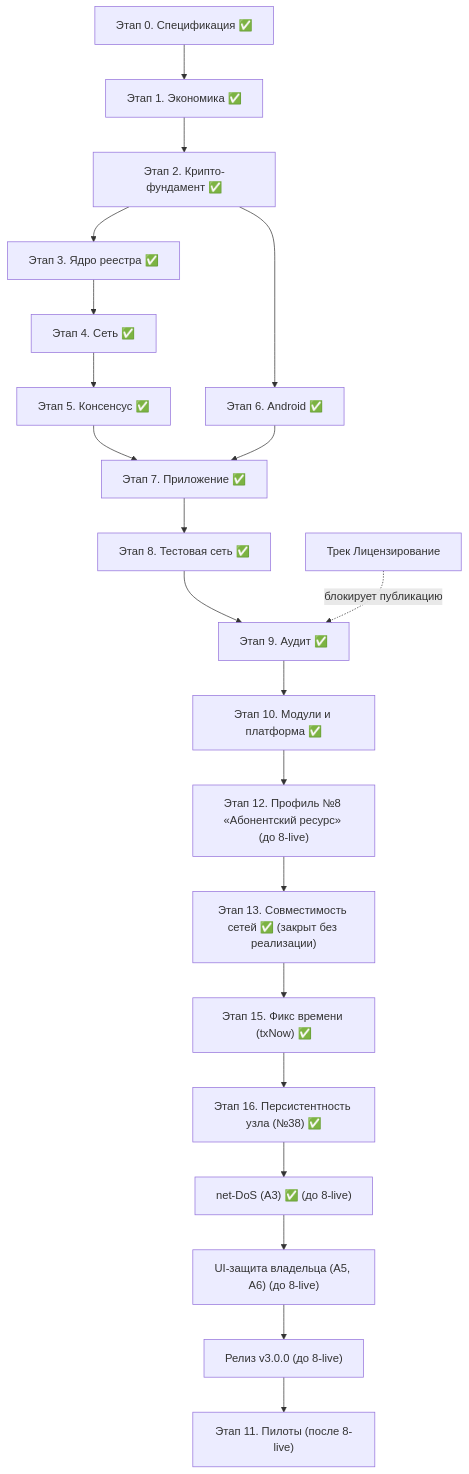
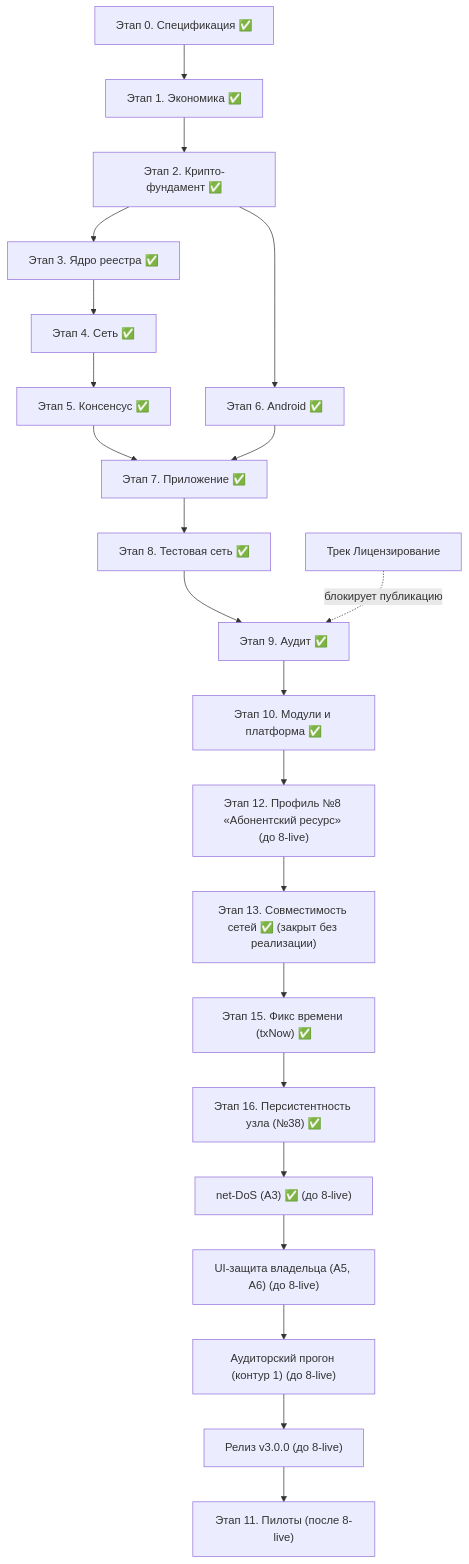
One commit to rumatakira74/equality-trust-networks changed the diagram in docs/development-plan.md. Above: the diagram before and after it, drawn with Mermaid. The commit also changed other lines of this file and 1 other file, not shown here.

Commit message:
Тема Аудиторский прогон контура 1 (ширина): промпт audit-frontier-pass + секция плана — privacy, спека-vs-код, SBOM, red-team черновики, eclipse/sybil

````diff
--- a/docs/development-plan.md
+++ b/docs/development-plan.md
@@ -361,23 +376,24 @@
 ```mermaid
 flowchart TD
     S0["Этап 0. Спецификация ✅"] --> S1["Этап 1. Экономика ✅"]
     S1 --> S2["Этап 2. Крипто-фундамент ✅"]
     S2 --> S3["Этап 3. Ядро реестра ✅"]
     S3 --> S4["Этап 4. Сеть ✅"]
     S4 --> S5["Этап 5. Консенсус ✅"]
     S2 --> S6["Этап 6. Android ✅"]
     S5 --> S7["Этап 7. Приложение ✅"]
     S6 --> S7
     S7 --> S8["Этап 8. Тестовая сеть ✅"]
     S8 --> S9["Этап 9. Аудит ✅"]
     S9 --> S10["Этап 10. Модули и платформа ✅"]
     S10 --> S12["Этап 12. Профиль №8 «Абонентский ресурс» (до 8-live)"]
     S12 --> S13["Этап 13. Совместимость сетей ✅ (закрыт без реализации)"]
     S13 --> S15["Этап 15. Фикс времени (txNow) ✅"]
     S15 --> S16["Этап 16. Персистентность узла (№38) ✅"]
     S16 --> SND["net-DoS (A3) ✅ (до 8-live)"]
     SND --> SUI["UI-защита владельца (A5, A6) (до 8-live)"]
-    SUI --> S17["Релиз v3.0.0 (до 8-live)"]
+    SUI --> AUD["Аудиторский прогон (контур 1) (до 8-live)"]
+    AUD --> S17["Релиз v3.0.0 (до 8-live)"]
     S17 --> S11["Этап 11. Пилоты (после 8-live)"]
     L["Трек Лицензирование"] -. "блокирует публикацию" .-> S9
 ```
````
